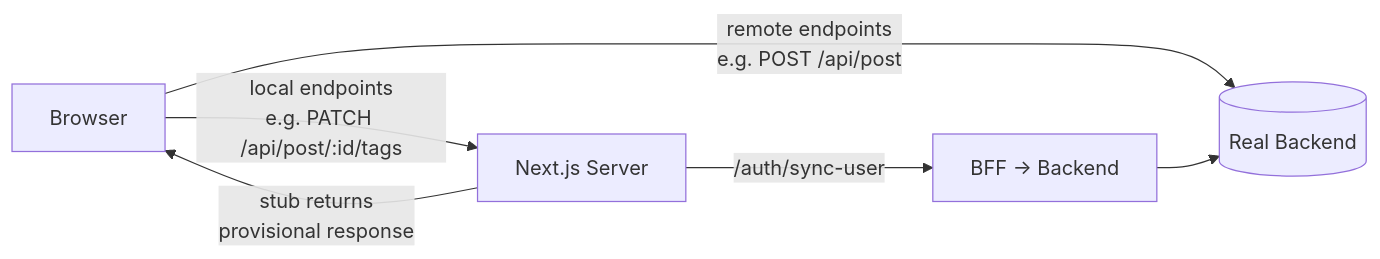
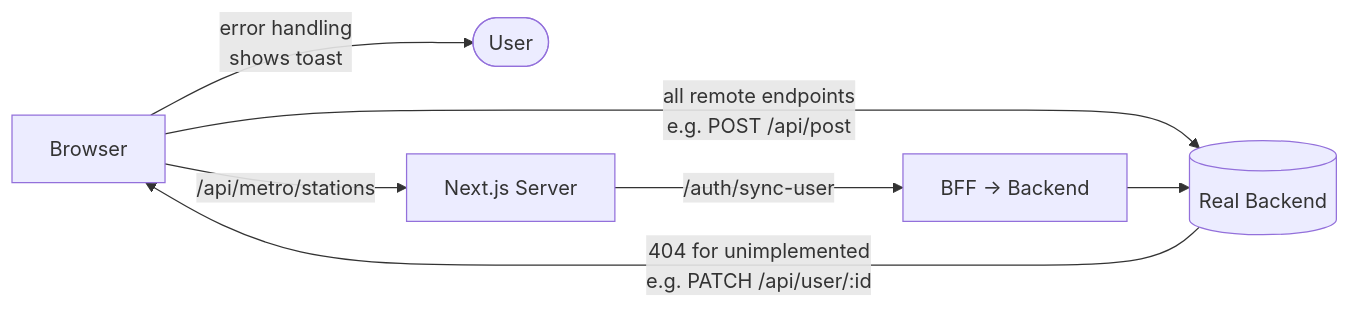
One commit to IIC3143-Proyecto/Frontend changed the second of 3 diagrams in docs/api-layer.md. Above: the diagram before and after it, drawn with Mermaid. The commit also changed other lines of this file and 6 other files, not shown here.

````diff
--- a/docs/api-layer.md
+++ b/docs/api-layer.md
@@ -136,8 +131,9 @@
 ```mermaid
 flowchart LR
-    Browser -->|remote endpoints\ne.g. POST /api/post| Backend[(Real Backend)]
-    Browser -->|local endpoints\ne.g. PATCH /api/post/:id/tags| Next[Next.js Server]
-    Next -->|stub returns\nprovisional response| Browser
+    Browser -->|all remote endpoints\ne.g. POST /api/post| Backend[(Real Backend)]
+    Backend -->|404 for unimplemented\ne.g. PATCH /api/user/:id| Browser
+    Browser -->|error handling\nshows toast| User([User])
+    Browser -->|/api/metro/stations| Next[Next.js Server]
     Next -->|/auth/sync-user| BFF[BFF → Backend]
     BFF --> Backend
 ```
````
